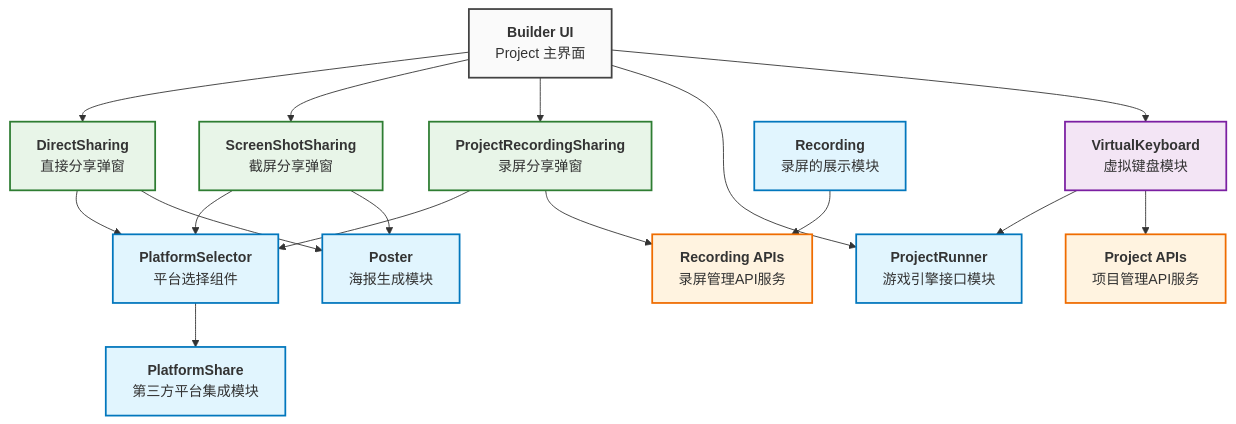
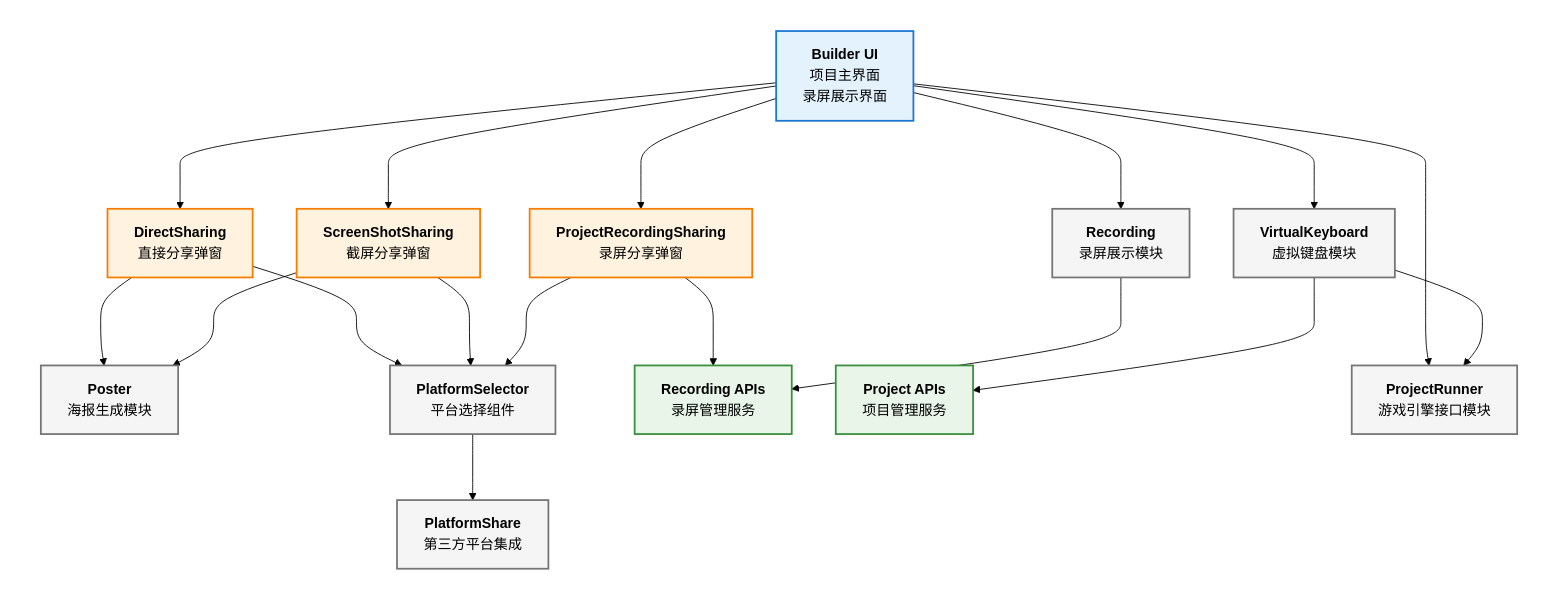
The diagram in docs/develop/share/index.md (goplus/builder), drawn with Mermaid before and after one commit.

Commit message:
doc: Updated architecture design document

````diff
--- a/docs/develop/share/index.md
+++ b/docs/develop/share/index.md
@@ -85,87 +85,107 @@
 ```mermaid
 graph TB
-    %% XBuilder 主界面
-    BuilderUI["`**Builder UI**
-    Project 主界面`"]
+    %% 主界面层
+    subgraph MainLayer["主界面层"]
+        BuilderUI["`**Builder UI**
+        项目主界面
+        录屏展示界面`"]
+    end
 
-    %% 分享方式 UI 层
-    DirectSharing["`**DirectSharing**
-    直接分享弹窗`"]
+    %% 功能模块层
+    subgraph FunctionLayer["功能模块层"]
+        VirtualKeyboard["`**VirtualKeyboard**
+        虚拟键盘模块`"]
+        
+        ProjectRunner["`**ProjectRunner**
+        游戏引擎接口模块`"]
+        
+        Recording["`**Recording**
+        录屏展示模块`"]
+    end
 
-    ScreenShotSharing["`**ScreenShotSharing**
-    截屏分享弹窗`"]
+    %% API 服务层
+    subgraph APILayer["API 服务层"]
+        RecordingAPIs["`**Recording APIs**
+        录屏管理服务`"]
+        
+        ProjectAPIs["`**Project APIs**
+        项目管理服务`"]
+    end
 
-    ProjectRunner["`**ProjectRunner**
-    游戏引擎接口模块`"]
+    %% 分享界面层
+    subgraph ShareLayer["分享界面层"]
+        DirectSharing["`**DirectSharing**
+        直接分享弹窗`"]
+        
+        ProjectRecordingSharing["`**ProjectRecordingSharing**
+        录屏分享弹窗`"]
+        
+        ScreenShotSharing["`**ScreenShotSharing**
+        截屏分享弹窗`"]
+    end
 
-    ProjectRecordingSharing["`**ProjectRecordingSharing**
-    录屏分享弹窗`"]
+    %% 平台集成层
+    subgraph PlatformLayer["平台集成层"]
+        PlatformSelector["`**PlatformSelector**
+        平台选择组件`"]
+        
+        PlatformShare["`**PlatformShare**
+        第三方平台集成`"]
+    end
 
-    VirtualKeyboard["`**VirtualKeyboard**
-    虚拟键盘模块`"]
+    %% 核心处理层
+    subgraph CoreLayer["核心处理层"]
+        Poster["`**Poster**
+        海报生成模块`"]
+    end
 
-    %% 平台相关模块
-    PlatformSelector["`**PlatformSelector**
-    平台选择组件`"]
-
-    PlatformShare["`**PlatformShare**
-    第三方平台集成模块`"]
-
-    %% 核心功能模块
-    Poster["`**Poster**
-    海报生成模块`"]
-
-    RecordingPage["`**Recording**
-    录屏的展示模块`"]
-
-    RecordingAPIs["`**Recording APIs**
-    录屏管理API服务`"]
-
-    %% 主界面到分享弹窗和虚拟键盘
+    %% 主要流程连接
+    BuilderUI --> VirtualKeyboard
+    BuilderUI --> ProjectRunner
+    BuilderUI --> Recording
     BuilderUI --> DirectSharing
     BuilderUI --> ScreenShotSharing
     BuilderUI --> ProjectRecordingSharing
-    BuilderUI --> ProjectRunner
-    BuilderUI --> VirtualKeyboard
 
-    %% 虚拟键盘与游戏引擎和API的交互
+    %% 功能模块间连接
     VirtualKeyboard --> ProjectRunner
     VirtualKeyboard --> ProjectAPIs
 
-    %% Project APIs
-    ProjectAPIs["`**Project APIs**
-    项目管理API服务`"]
-
-    %% 分享弹窗到平台选择器
+    %% 分享流程连接
+    DirectSharing --> PlatformSelector
     ScreenShotSharing --> PlatformSelector
-    DirectSharing --> PlatformSelector
     ProjectRecordingSharing --> PlatformSelector
 
-    %% 平台选择器到平台集成
+    %% 平台处理流程
     PlatformSelector --> PlatformShare
 
-    %% 截屏分享流程
+    %% 内容生成流程
+    DirectSharing --> Poster
     ScreenShotSharing --> Poster
-    DirectSharing --> Poster
 
-    %% 录屏分享流程
+    %% API 调用关系
     ProjectRecordingSharing --> RecordingAPIs
+    Recording --> RecordingAPIs
 
-    %% 底层协作
-    RecordingPage --> RecordingAPIs
+    %% 去掉所有subgraph的背景色，只保留边框
+    %%{init: {"theme": "base", "themeVariables": {"primaryColor": "transparent", "primaryTextColor": "#000", "primaryBorderColor": "#000", "lineColor": "#000", "secondaryColor": "transparent", "tertiaryColor": "transparent", "background": "transparent", "mainBkg": "transparent", "secondaryBkg": "transparent"}}}%%
 
     %% 样式定义
-    classDef coreModule fill:#e1f5fe,stroke:#0277bd,stroke-width:2px
-    classDef platformModule fill:#e1f5fe,stroke:#0277bd,stroke-width:2px
-    classDef uiModule fill:#e8f5e8,stroke:#2e7d32,stroke-width:2px
-    classDef apiModule fill:#fff3e0,stroke:#ef6c00,stroke-width:2px
-    classDef builderModule fill:#fafafa,stroke:#424242,stroke-width:2px
-    classDef keyboardModule fill:#f3e5f5,stroke:#7b1fa2,stroke-width:2px
+    classDef uiLayer fill:#e3f2fd,stroke:#1976d2,stroke-width:2px,color:#000
+    classDef unifiedLayer fill:#f5f5f5,stroke:#757575,stroke-width:2px,color:#000
+    classDef shareLayer fill:#fff3e0,stroke:#f57c00,stroke-width:2px,color:#000
+    classDef apiLayer fill:#e8f5e8,stroke:#388e3c,stroke-width:2px,color:#000
 
-    class Poster,ProjectRunner,RecordingPage coreModule
-    class PlatformSelector,PlatformShare platformModule
-    class DirectSharing,ScreenShotSharing,ProjectRecordingSharing uiModule
-    class RecordingAPIs,ProjectAPIs apiModule
-    class BuilderUI builderModule
-    class VirtualKeyboard keyboardModule
+    class BuilderUI uiLayer
+    class VirtualKeyboard,ProjectRunner,Recording,PlatformSelector,PlatformShare,Poster unifiedLayer
+    class DirectSharing,ScreenShotSharing,ProjectRecordingSharing shareLayer
+    class RecordingAPIs,ProjectAPIs apiLayer
+
+    %% 设置所有subgraph为完全透明，无边框
+    style MainLayer fill:transparent,stroke:transparent,stroke-width:0px
+    style FunctionLayer fill:transparent,stroke:transparent,stroke-width:0px
+    style APILayer fill:transparent,stroke:transparent,stroke-width:0px
+    style ShareLayer fill:transparent,stroke:transparent,stroke-width:0px
+    style PlatformLayer fill:transparent,stroke:transparent,stroke-width:0px
+    style CoreLayer fill:transparent,stroke:transparent,stroke-width:0px
 ```
````
